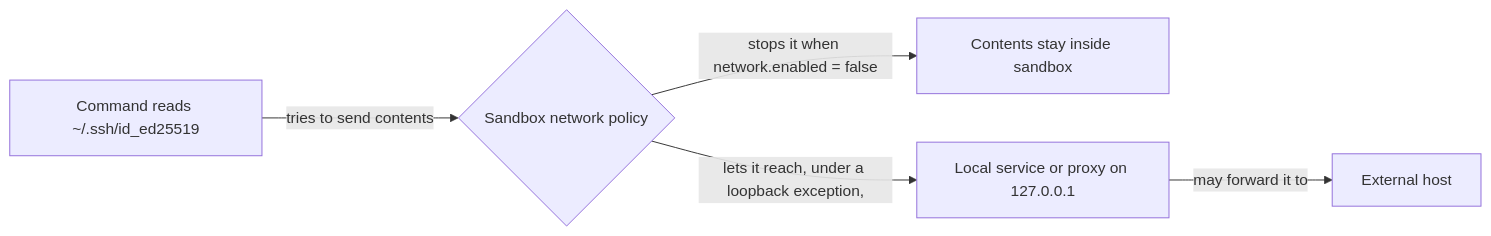
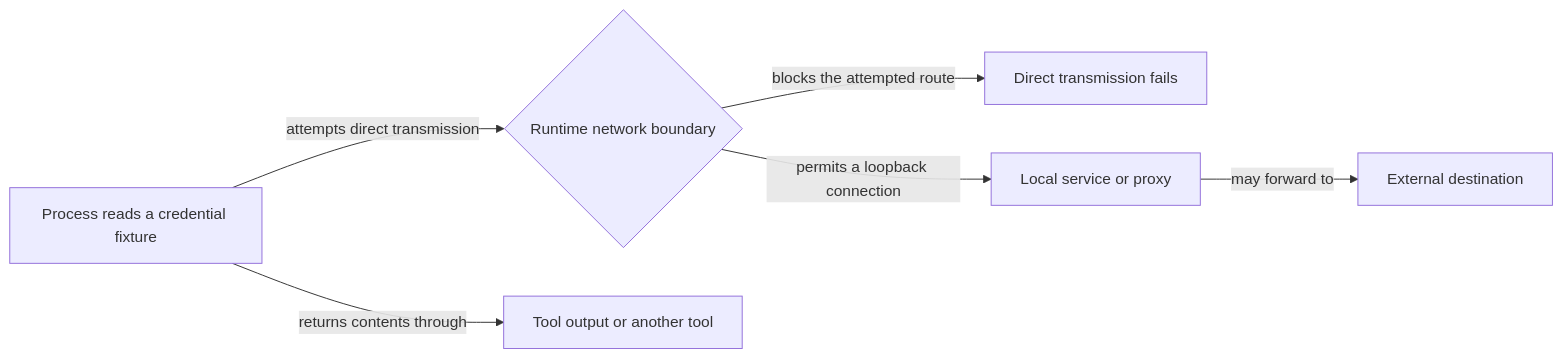
The diagram in docs/plans/backlog/harness-codex-sandbox-boundaries-and-provider-leaks.md (kirinmurphy/roborepo-alpha), drawn with Mermaid before and after one commit. The commit also changed other lines of this file and 14 other files, not shown here.

````diff
--- a/docs/plans/backlog/harness-codex-sandbox-boundaries-and-provider-leaks.md
+++ b/docs/plans/backlog/harness-codex-sandbox-boundaries-and-provider-leaks.md
@@ -99,7 +110,8 @@
 ```mermaid
 flowchart LR
-  R["Command reads ~/.ssh/id_ed25519"] -->|"tries to send contents"| N{"Sandbox network policy"}
-  N -->|"stops it when network.enabled = false"| B["Contents stay inside sandbox"]
-  N -->|"lets it reach, under a loopback exception,"| L["Local service or proxy on 127.0.0.1"]
-  L -->|"may forward it to"| X["External host"]
+  R["Process reads a credential fixture"] -->|"attempts direct transmission"| N{"Runtime network boundary"}
+  N -->|"blocks the attempted route"| B["Direct transmission fails"]
+  N -->|"permits a loopback connection"| L["Local service or proxy"]
+  L -->|"may forward to"| X["External destination"]
+  R -->|"returns contents through"| T["Tool output or another tool"]
 ```
````
